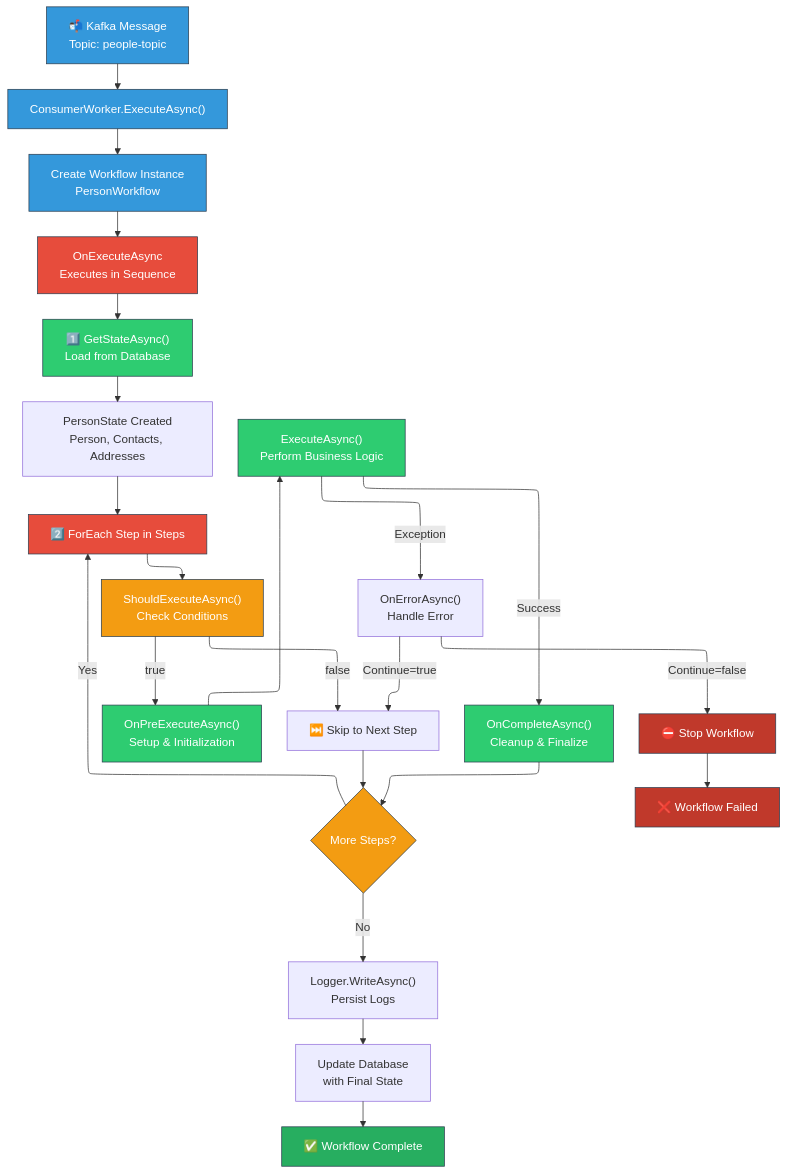
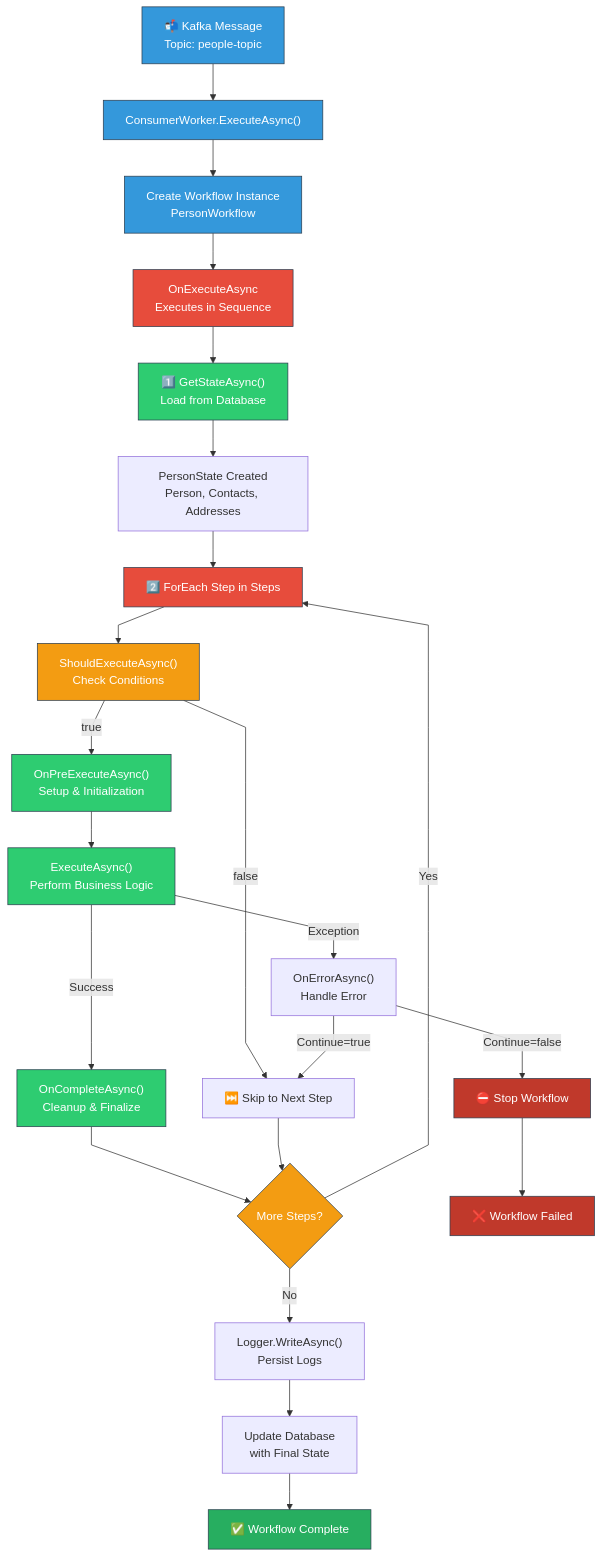
Before and after one commit to WholeBit-Solutions/distributed-workflow: the fourth of 15 diagrams in ARCHITECTURE_DIAGRAMS.md, drawn with Mermaid. The commit also changed other lines of this file, not shown here.

````diff
--- a/ARCHITECTURE_DIAGRAMS.md
+++ b/ARCHITECTURE_DIAGRAMS.md
@@ -238,55 +240,56 @@
 ```mermaid
-flowchart-elk TD
+%%{init: {'flowchart': {'curve': 'linear'}}}%%
+graph TD
     Message["📬 Kafka Message<br/>Topic: people-topic"]
     
     Message --> ConsumerWorker["ConsumerWorker.ExecuteAsync()"]
     
     ConsumerWorker --> CreateWorkflow["Create Workflow Instance<br/>PersonWorkflow"]
     
     CreateWorkflow --> Execute["OnExecuteAsync<br/>Executes in Sequence"]
     
     Execute --> GetState["1️⃣ GetStateAsync()<br/>Load from Database"]
     
     GetState --> StateLoaded["PersonState Created<br/>Person, Contacts, Addresses"]
     
     StateLoaded --> ForEachStep["2️⃣ ForEach Step in Steps"]
     
     ForEachStep --> ShouldExecute["ShouldExecuteAsync()<br/>Check Conditions"]
     
     ShouldExecute --> |true| PreExecute["OnPreExecuteAsync()<br/>Setup & Initialization"]
     ShouldExecute --> |false| Skip["⏭️ Skip to Next Step"]
     
     PreExecute --> ExecuteStep["ExecuteAsync()<br/>Perform Business Logic"]
     
     ExecuteStep --> |Success| Complete["OnCompleteAsync()<br/>Cleanup & Finalize"]
     ExecuteStep --> |Exception| ErrorHandler["OnErrorAsync()<br/>Handle Error"]
     
     ErrorHandler --> |Continue=true| Skip
     ErrorHandler --> |Continue=false| Stop["⛔ Stop Workflow"]
     
     Complete --> NextStep{More Steps?}
     Skip --> NextStep
     
     NextStep --> |Yes| ForEachStep
     NextStep --> |No| WriteLog["Logger.WriteAsync()<br/>Persist Logs"]
     
     WriteLog --> UpdateDb["Update Database<br/>with Final State"]
     
     UpdateDb --> Complete2["✅ Workflow Complete"]
     
     Stop --> Error["❌ Workflow Failed"]
     
     classDef step1 fill:#3498db,stroke:#2c3e50,color:#fff
     classDef step2 fill:#e74c3c,stroke:#2c3e50,color:#fff
     classDef step3 fill:#2ecc71,stroke:#2c3e50,color:#fff
     classDef decision fill:#f39c12,stroke:#2c3e50,color:#fff
     classDef END fill:#27ae60,stroke:#2c3e50,color:#fff
     classDef error fill:#c0392b,stroke:#2c3e50,color:#fff
     
     class Message,ConsumerWorker,CreateWorkflow step1
     class Execute,ForEachStep step2
     class GetState,ShouldExecute,PreExecute,ExecuteStep,Complete step3
     class NextStep,ShouldExecute decision
     class Complete2 END
     class Error,Stop error
 ```
````
